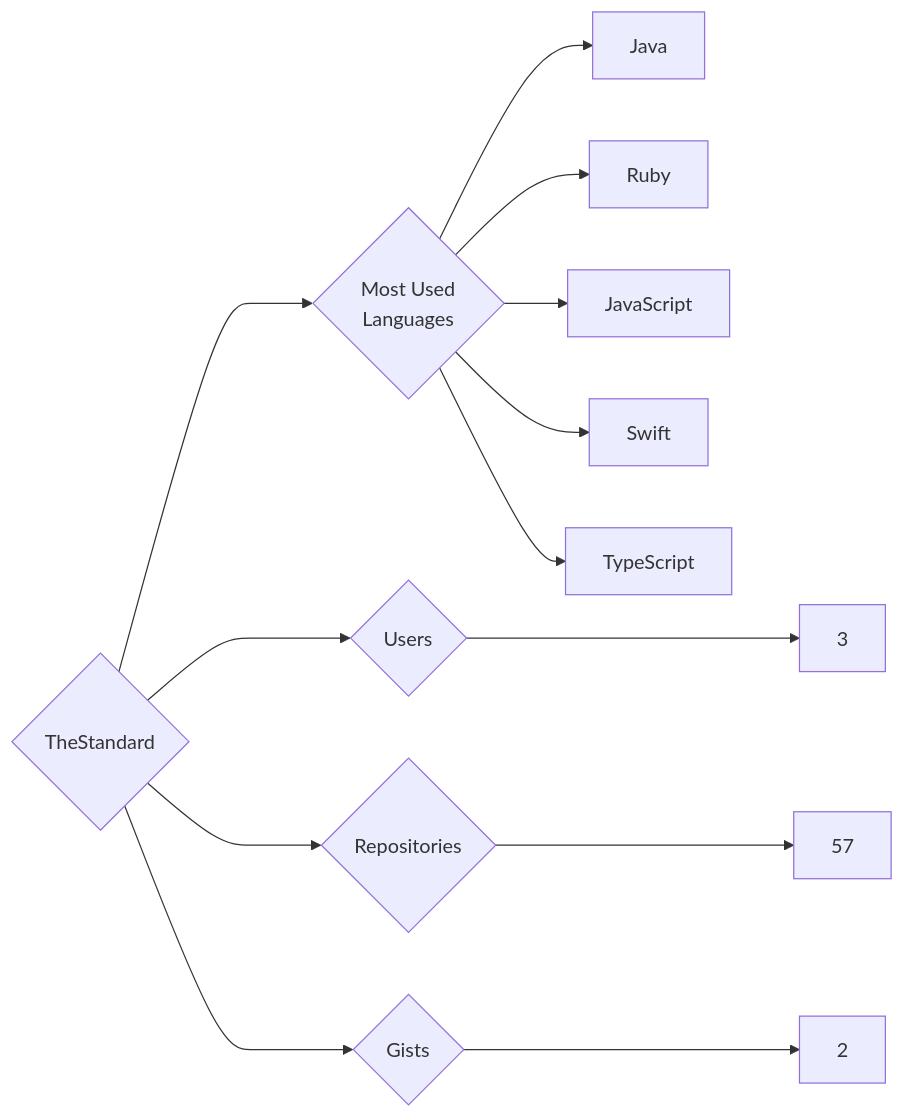
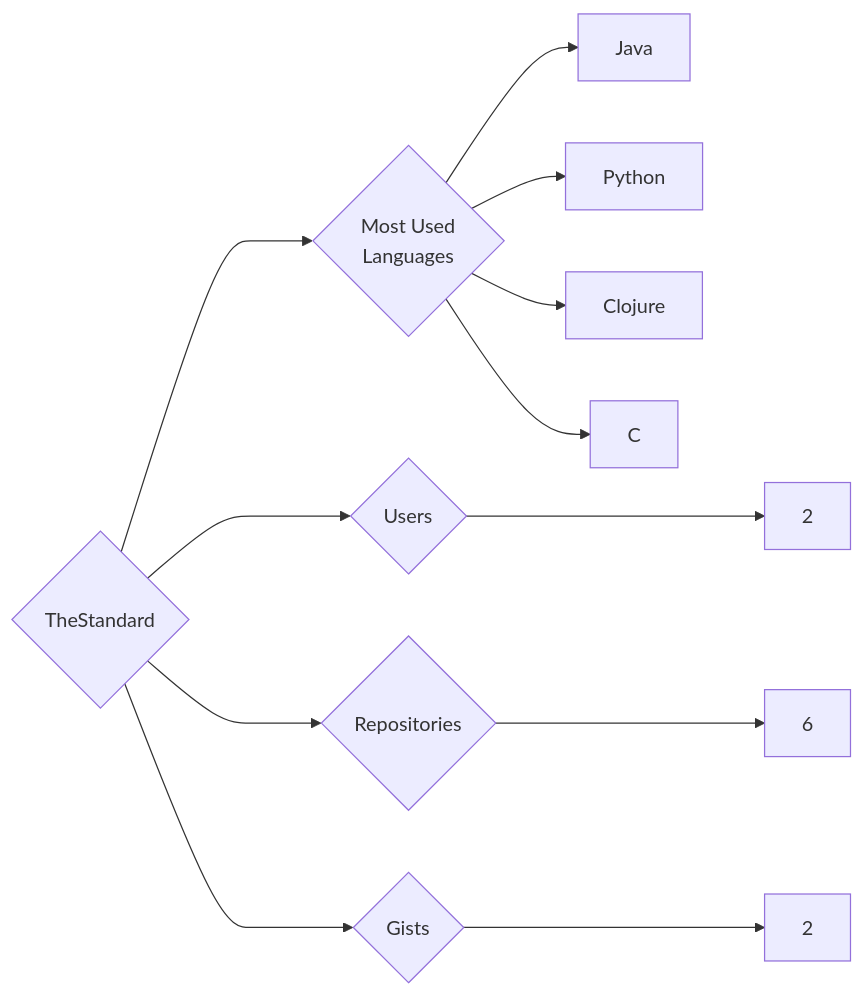
One commit to trickest/insiders changed the diagram in targets/TheStandard/README.md. Above: the diagram before and after it, drawn with Mermaid. The commit also changed 878 other files, not shown here.

````diff
--- a/targets/TheStandard/README.md
+++ b/targets/TheStandard/README.md
@@ -3,13 +3,12 @@
 ```mermaid
 graph LR
 COMPANY_NAME{TheStandard}
-COMPANY_NAME ---> U{Users} ---> UN[3]
-COMPANY_NAME ---> R{Repositories} ---> RN[57]
+COMPANY_NAME ---> U{Users} ---> UN[2]
+COMPANY_NAME ---> R{Repositories} ---> RN[6]
 COMPANY_NAME ---> G{Gists} ---> GN[2]
 COMPANY_NAME ---> ML{Most Used<br>Languages}
 ML --> Java[Java]
-ML --> Ruby[Ruby]
-ML --> JavaScript[JavaScript]
-ML --> Swift[Swift]
-ML --> TypeScript[TypeScript]
+ML --> Python[Python]
+ML --> Clojure[Clojure]
+ML --> C[C]
 ```
````
